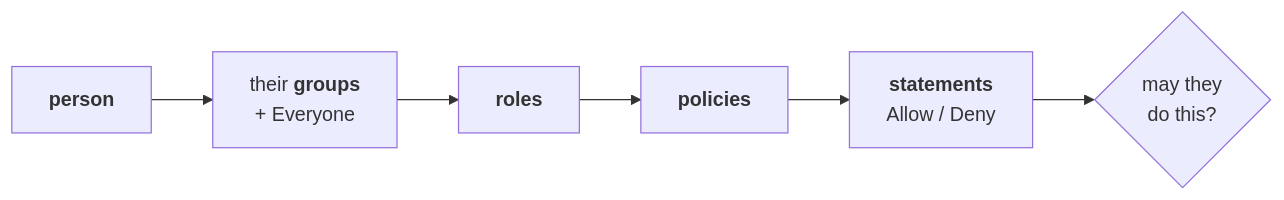
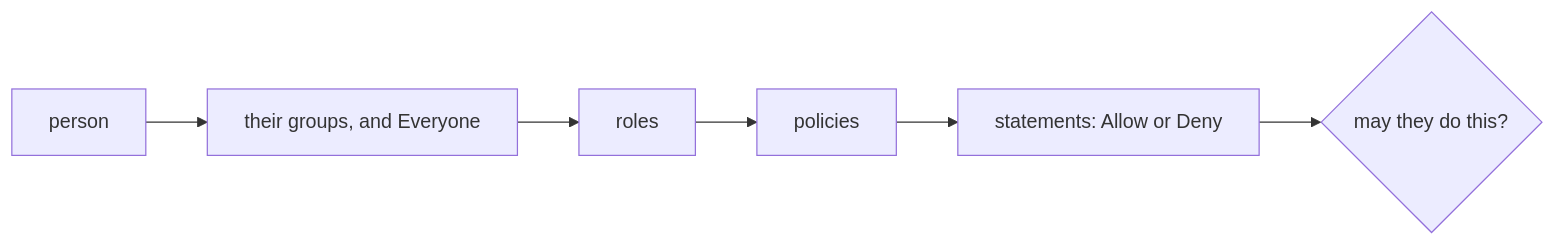
The diagram in docs/paper/04-who-you-are.md (decentai-io/decentai), drawn with Mermaid before and after one commit. The commit also changed other lines of this file and 19 other files, not shown here.

````diff
--- a/docs/paper/04-who-you-are.md
+++ b/docs/paper/04-who-you-are.md
@@ -39,8 +39,8 @@
 ```mermaid
 flowchart LR
-    U["<b>person</b>"] --> G["their <b>groups</b><br/>+ Everyone"]
-    G --> R["<b>roles</b>"]
-    R --> P["<b>policies</b>"]
-    P --> S["<b>statements</b><br/>Allow / Deny"]
-    S --> D{"may they<br/>do this?"}
+    U["person"] --> G["their groups, and Everyone"]
+    G --> R["roles"]
+    R --> P["policies"]
+    P --> S["statements: Allow or Deny"]
+    S --> D{"may they do this?"}
 ```
````
